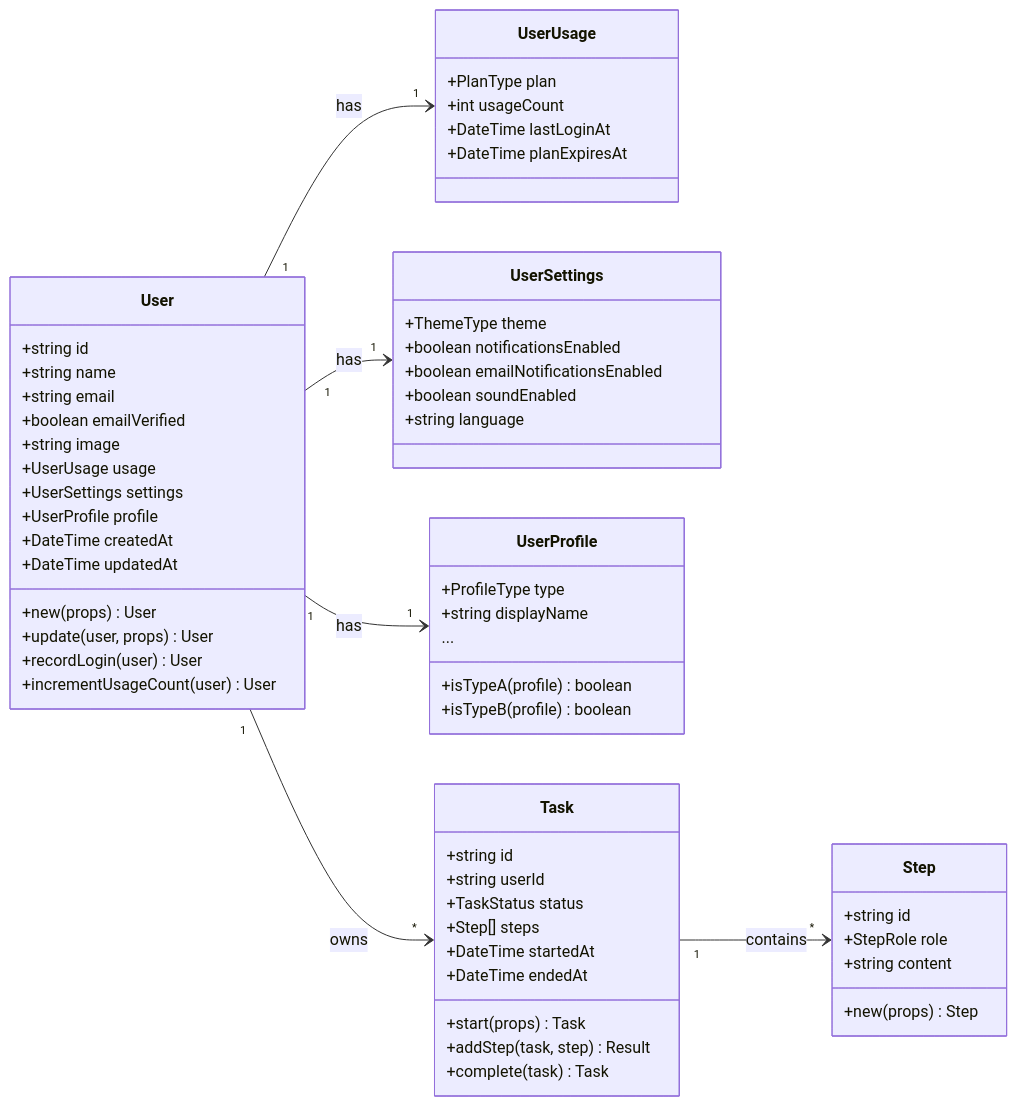
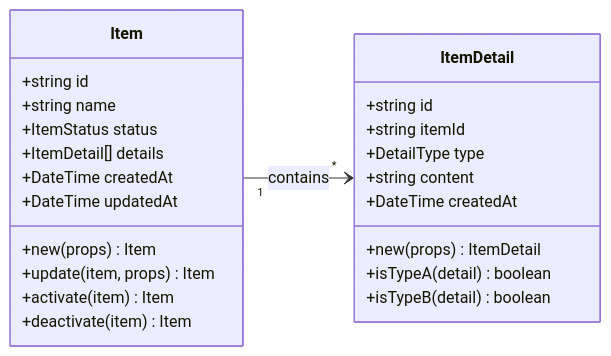
Before and after one commit to vspo-lab/vspo-collection: the second of 3 diagrams in docs/backend/domain-modeling.md, drawn with Mermaid. The commit also changed other lines of this file and 125 other files, not shown here.

````diff
--- a/docs/backend/domain-modeling.md
+++ b/docs/backend/domain-modeling.md
@@ -289,69 +246,30 @@
 ```mermaid
 classDiagram
 direction LR
 
-class User {
+class Item {
   +string id
   +string name
-  +string email
-  +boolean emailVerified
-  +string image
-  +UserUsage usage
-  +UserSettings settings
-  +UserProfile profile
+  +ItemStatus status
+  +ItemDetail[] details
   +DateTime createdAt
   +DateTime updatedAt
-  +new(props) User
-  +update(user, props) User
-  +recordLogin(user) User
-  +incrementUsageCount(user) User
+  +new(props) Item
+  +update(item, props) Item
+  +activate(item) Item
+  +deactivate(item) Item
 }
 
-class UserUsage {
-  +PlanType plan
-  +int usageCount
-  +DateTime lastLoginAt
-  +DateTime planExpiresAt
+class ItemDetail {
+  +string id
+  +string itemId
+  +DetailType type
+  +string content
+  +DateTime createdAt
+  +new(props) ItemDetail
+  +isTypeA(detail) boolean
+  +isTypeB(detail) boolean
 }
 
-class UserSettings {
-  +ThemeType theme
-  +boolean notificationsEnabled
-  +boolean emailNotificationsEnabled
-  +boolean soundEnabled
-  +string language
-}
-
-class UserProfile {
-  +ProfileType type
-  +string displayName
-  ...
-  +isTypeA(profile) boolean
-  +isTypeB(profile) boolean
-}
-
-class Task {
-  +string id
-  +string userId
-  +TaskStatus status
-  +Step[] steps
-  +DateTime startedAt
-  +DateTime endedAt
-  +start(props) Task
-  +addStep(task, step) Result
-  +complete(task) Task
-}
-
-class Step {
-  +string id
-  +StepRole role
-  +string content
-  +new(props) Step
-}
-
-User "1" --> "1" UserUsage : has
-User "1" --> "1" UserSettings : has
-User "1" --> "1" UserProfile : has
-User "1" --> "*" Task : owns
-Task "1" --> "*" Step : contains
+Item "1" --> "*" ItemDetail : contains
 ```
````
